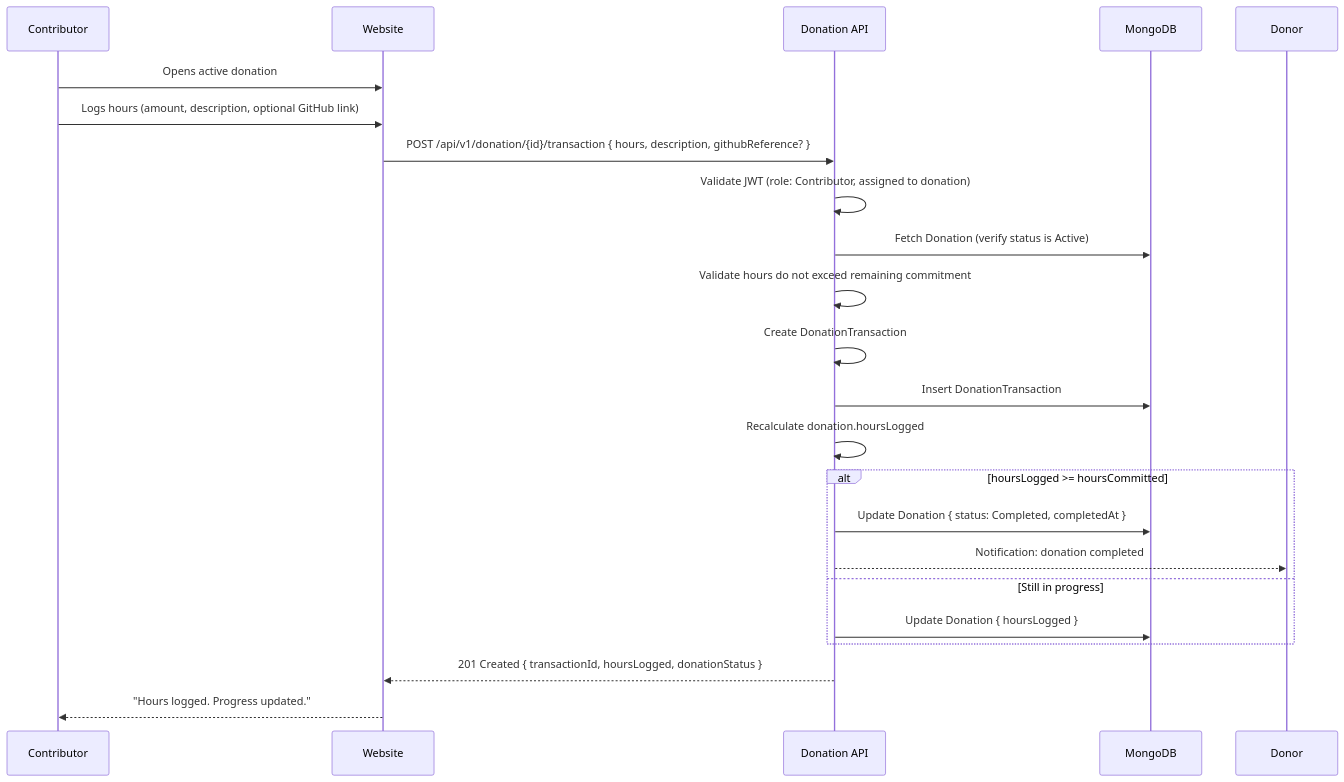
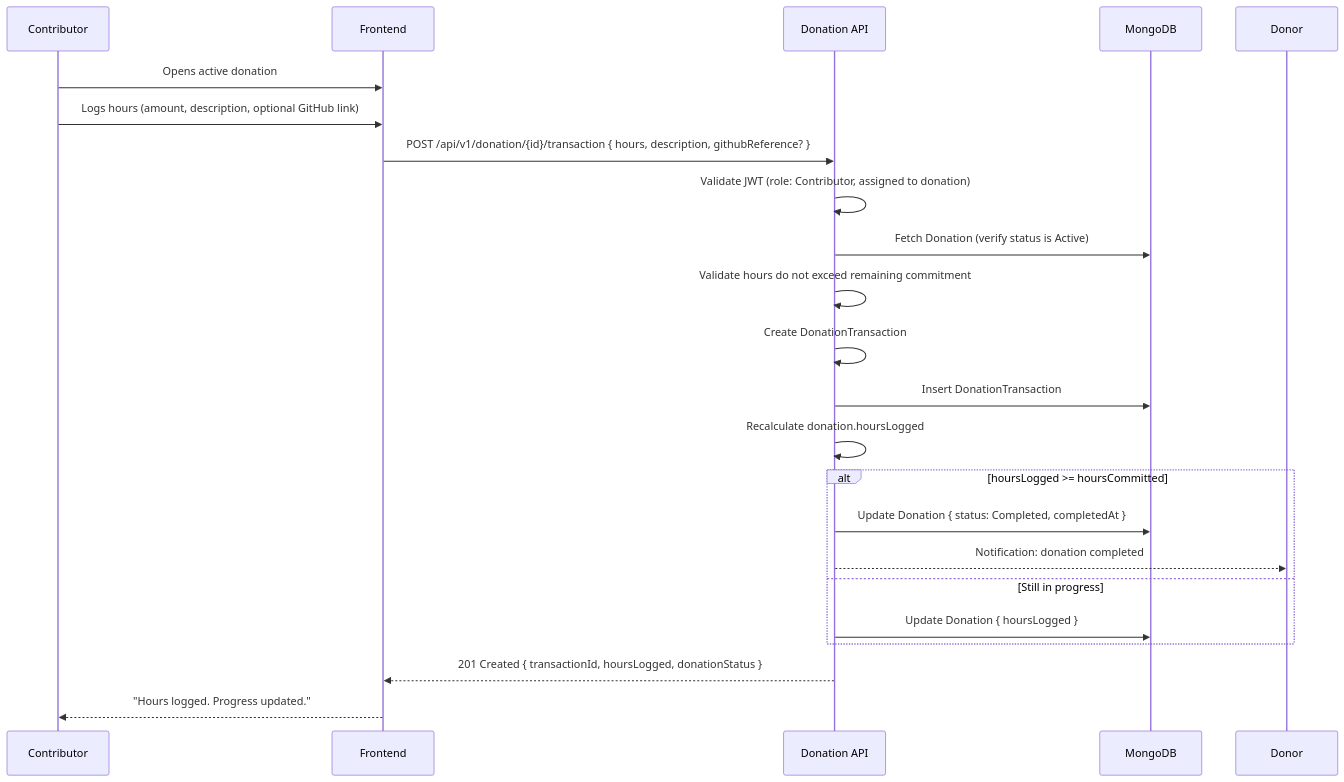
The fourth of 6 diagrams in docs/donation/donation-sequence-diagrams.md (wouterfennis/TimeForCode), drawn with Mermaid before and after one commit. The commit also changed other lines of this file and 142 other files, not shown here.

````diff
--- a/docs/donation/donation-sequence-diagrams.md
+++ b/docs/donation/donation-sequence-diagrams.md
@@ -109,25 +109,25 @@
 ```mermaid
 sequenceDiagram
     participant Contributor
-    participant Website
+    participant Frontend
     participant DonationAPI as Donation API
     participant MongoDB
 
-    Contributor->>Website: Opens active donation
-    Contributor->>Website: Logs hours (amount, description, optional GitHub link)
-    Website->>DonationAPI: POST /api/v1/donation/{id}/transaction { hours, description, githubReference? }
+    Contributor->>Frontend: Opens active donation
+    Contributor->>Frontend: Logs hours (amount, description, optional GitHub link)
+    Frontend->>DonationAPI: POST /api/v1/donation/{id}/transaction { hours, description, githubReference? }
     DonationAPI->>DonationAPI: Validate JWT (role: Contributor, assigned to donation)
     DonationAPI->>MongoDB: Fetch Donation (verify status is Active)
     DonationAPI->>DonationAPI: Validate hours do not exceed remaining commitment
     DonationAPI->>DonationAPI: Create DonationTransaction
     DonationAPI->>MongoDB: Insert DonationTransaction
     DonationAPI->>DonationAPI: Recalculate donation.hoursLogged
     alt hoursLogged >= hoursCommitted
         DonationAPI->>MongoDB: Update Donation { status: Completed, completedAt }
         DonationAPI-->>Donor: Notification: donation completed
     else Still in progress
         DonationAPI->>MongoDB: Update Donation { hoursLogged }
     end
-    DonationAPI-->>Website: 201 Created { transactionId, hoursLogged, donationStatus }
-    Website-->>Contributor: "Hours logged. Progress updated."
+    DonationAPI-->>Frontend: 201 Created { transactionId, hoursLogged, donationStatus }
+    Frontend-->>Contributor: "Hours logged. Progress updated."
 ```
````
